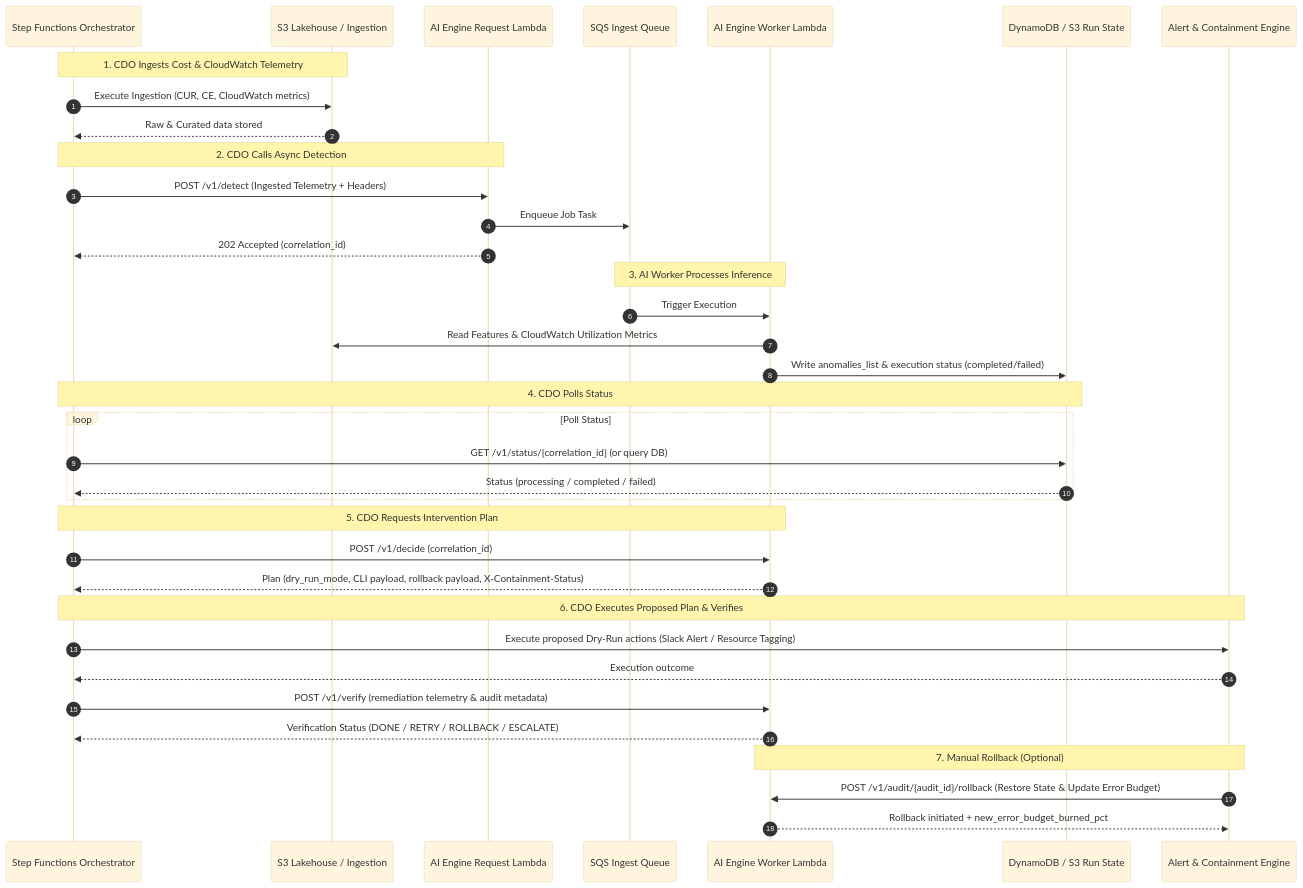
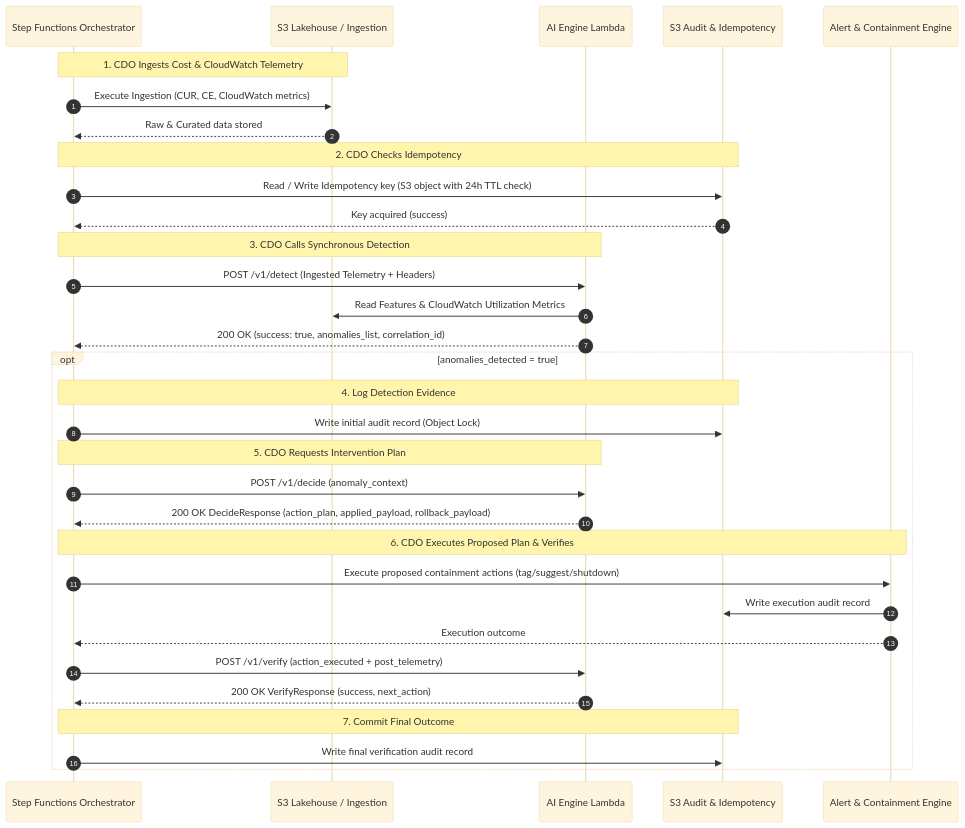
Before and after one commit to hungxqt/tf2-finops-docs: the sixth of 6 diagrams in docs/tf2-finops/02_infra_design.md, drawn with Mermaid (base theme). The commit also changed other lines of this file and 21 other files, not shown here.

````diff
--- a/docs/tf2-finops/02_infra_design.md
+++ b/docs/tf2-finops/02_infra_design.md
@@ -283,45 +264,42 @@
 ```mermaid
 sequenceDiagram
     autonumber
     participant SF as Step Functions Orchestrator
     participant Lake as S3 Lakehouse / Ingestion
-    participant Req as AI Engine Request Lambda
-    participant SQS as SQS Ingest Queue
-    participant Wrk as AI Engine Worker Lambda
-    participant DDB as DynamoDB / S3 Run State
+    participant AI as AI Engine Lambda
+    participant S3 as S3 Audit & Idempotency
     participant Cont as Alert & Containment Engine
 
     Note over SF, Lake: 1. CDO Ingests Cost & CloudWatch Telemetry
     SF->>Lake: Execute Ingestion (CUR, CE, CloudWatch metrics)
     Lake-->>SF: Raw & Curated data stored
     
-    Note over SF, Req: 2. CDO Calls Async Detection
-    SF->>Req: POST /v1/detect (Ingested Telemetry + Headers)
-    Req->>SQS: Enqueue Job Task
-    Req-->>SF: 202 Accepted (correlation_id)
+    Note over SF, S3: 2. CDO Checks Idempotency
+    SF->>S3: Read / Write Idempotency key (S3 object with 24h TTL check)
+    S3-->>SF: Key acquired (success)
     
-    Note over SQS, Wrk: 3. AI Worker Processes Inference
-    SQS->>Wrk: Trigger Execution
-    Wrk->>Lake: Read Features & CloudWatch Utilization Metrics
-    Wrk->>DDB: Write anomalies_list & execution status (completed/failed)
+    Note over SF, AI: 3. CDO Calls Synchronous Detection
+    SF->>AI: POST /v1/detect (Ingested Telemetry + Headers)
+    AI->>Lake: Read Features & CloudWatch Utilization Metrics
+    AI-->>SF: 200 OK (success: true, anomalies_list, correlation_id)
     
-    Note over SF, DDB: 4. CDO Polls Status
-    loop Poll Status
-        SF->>DDB: GET /v1/status/{correlation_id} (or query DB)
-        DDB-->>SF: Status (processing / completed / failed)
+    opt anomalies_detected = true
+        Note over SF, S3: 4. Log Detection Evidence
+        SF->>S3: Write initial audit record (Object Lock)
+        
+        Note over SF, AI: 5. CDO Requests Intervention Plan
+        SF->>AI: POST /v1/decide (anomaly_context)
+        AI-->>SF: 200 OK DecideResponse (action_plan, applied_payload, rollback_payload)
+        
+        Note over SF, Cont: 6. CDO Executes Proposed Plan & Verifies
+        SF->>Cont: Execute proposed containment actions (tag/suggest/shutdown)
+        Cont->>S3: Write execution audit record
+        Cont-->>SF: Execution outcome
+        
+        SF->>AI: POST /v1/verify (action_executed + post_telemetry)
+        AI-->>SF: 200 OK VerifyResponse (success, next_action)
+        
+        Note over SF, S3: 7. Commit Final Outcome
+        SF->>S3: Write final verification audit record
     end
-    
-    Note over SF, Wrk: 5. CDO Requests Intervention Plan
-    SF->>Wrk: POST /v1/decide (correlation_id)
-    Wrk-->>SF: Plan (dry_run_mode, CLI payload, rollback payload, X-Containment-Status)
-    
-    Note over SF, Cont: 6. CDO Executes Proposed Plan & Verifies
-    SF->>Cont: Execute proposed Dry-Run actions (Slack Alert / Resource Tagging)
-    Cont-->>SF: Execution outcome
-    SF->>Wrk: POST /v1/verify (remediation telemetry & audit metadata)
-    Wrk-->>SF: Verification Status (DONE / RETRY / ROLLBACK / ESCALATE)
-    
-    Note over Cont, Wrk: 7. Manual Rollback (Optional)
-    Cont->>Wrk: POST /v1/audit/{audit_id}/rollback (Restore State & Update Error Budget)
-    Wrk-->>Cont: Rollback initiated + new_error_budget_burned_pct
 ```
````
